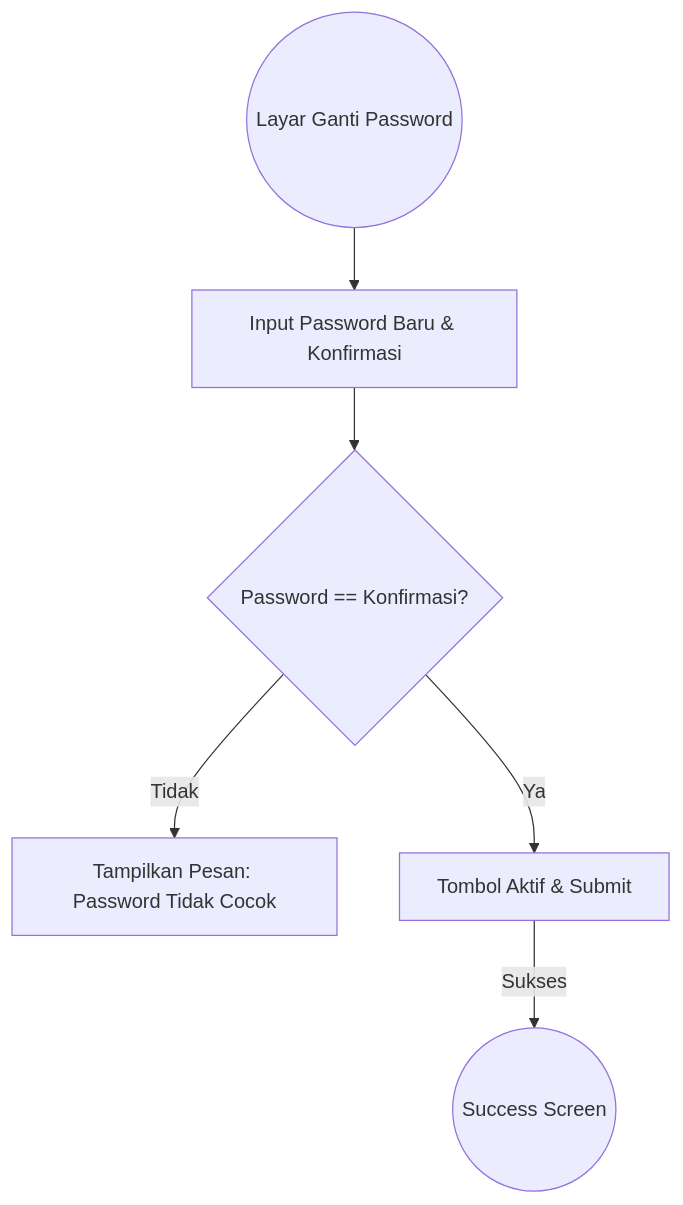
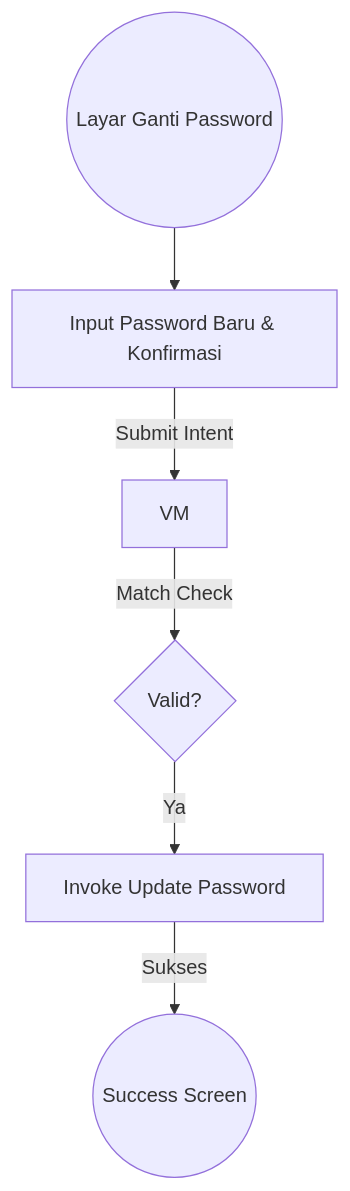
Before and after one commit to muharifandi/compose-mvi: the third of 3 diagrams in docs/docs-feature/forgot-password-flow.md, drawn with Mermaid. The commit also changed other lines of this file and 53 other files, not shown here.

Commit message:
Refactor: Implement Clean Architecture, SOLID principles, and update documentation for Master, Auth, and Onboarding features

````diff
--- a/docs/docs-feature/forgot-password-flow.md
+++ b/docs/docs-feature/forgot-password-flow.md
@@ -38,8 +45,8 @@
 ```mermaid
 graph TD
     Entry((Layar Ganti Password)) --> Input[Input Password Baru & Konfirmasi]
-    Input --> Match{Password == Konfirmasi?}
-    Match -- Tidak --> Error[Tampilkan Pesan: Password Tidak Cocok]
-    Match -- Ya --> Submit[Tombol Aktif & Submit]
-    Submit -- Sukses --> SuccessView((Success Screen))
+    Input -- "Submit Intent" --> VM
+    VM -- "Match Check" --> Valid{Valid?}
+    Valid -- Ya --> API[Invoke Update Password]
+    API -- Sukses --> SuccessView((Success Screen))
 ```
````
